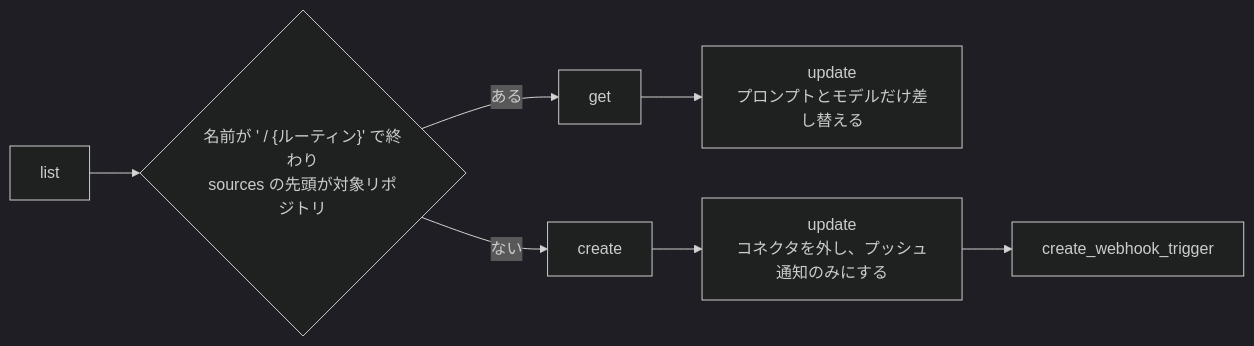
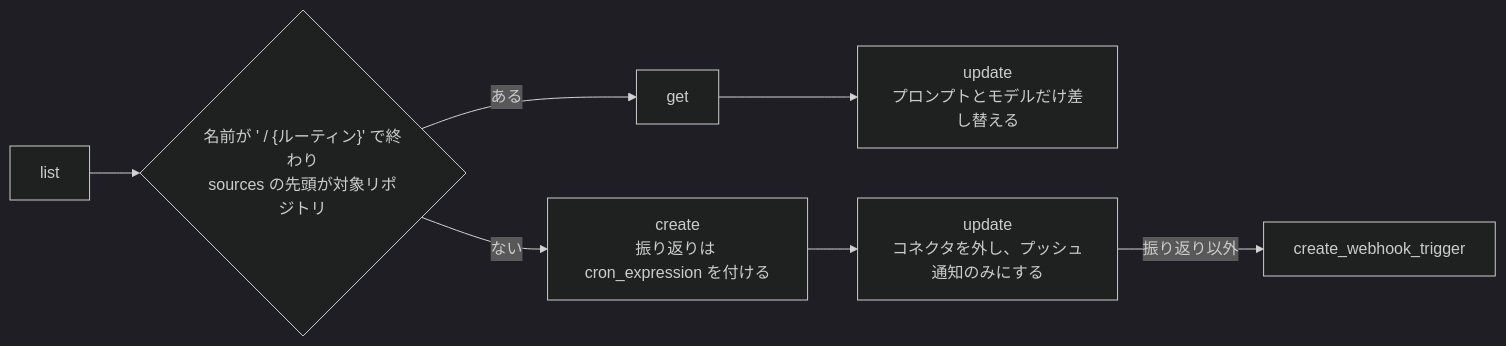
Before and after one commit to theindiehacker/fastship-plugin: the diagram in plugins/dev/skills/setup/SKILL.md, drawn with Mermaid (dark theme). The commit also changed 4 other files, not shown here.

````diff
--- a/plugins/dev/skills/setup/SKILL.md
+++ b/plugins/dev/skills/setup/SKILL.md
@@ -104,6 +104,6 @@
 ```mermaid
 flowchart LR
     list["list"] --> exists{"名前が ' / {ルーティン}' で終わり<br/>sources の先頭が対象リポジトリ"}
     exists -->|ある| get["get"] --> update["update<br/>プロンプトとモデルだけ差し替える"]
-    exists -->|ない| create["create"] --> clear["update<br/>コネクタを外し、プッシュ通知のみにする"] --> trigger["create_webhook_trigger"]
+    exists -->|ない| create["create<br/>振り返りは cron_expression を付ける"] --> clear["update<br/>コネクタを外し、プッシュ通知のみにする"] -->|振り返り以外| trigger["create_webhook_trigger"]
 ```
````
